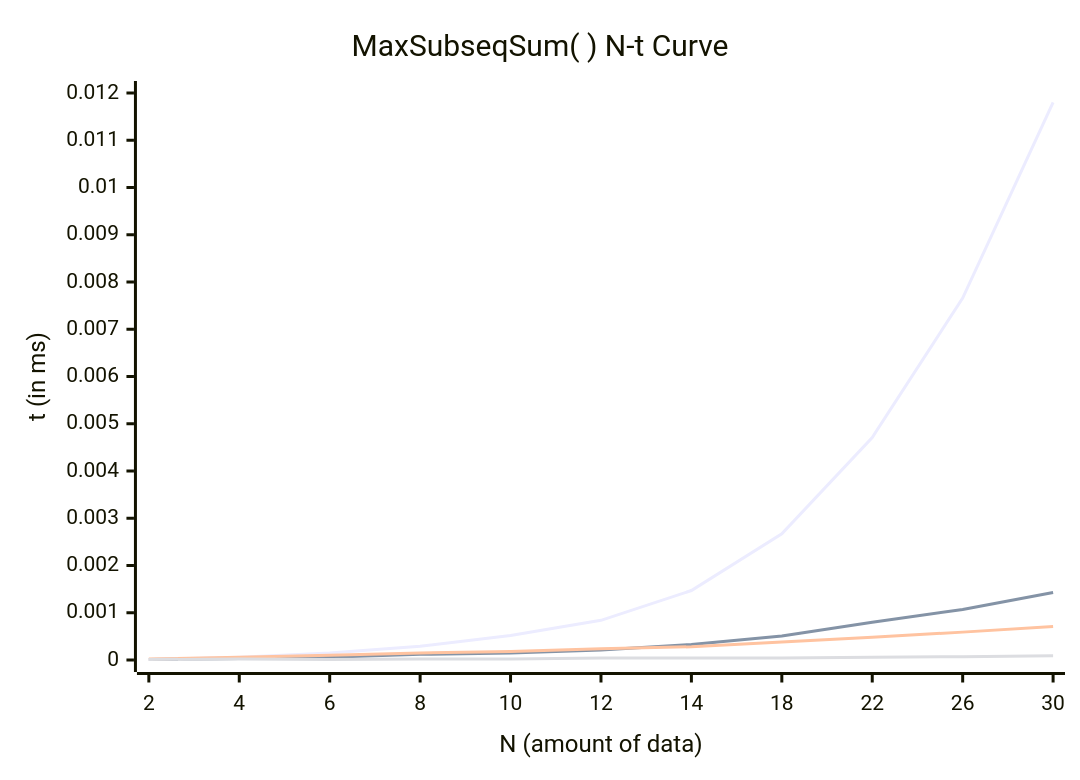
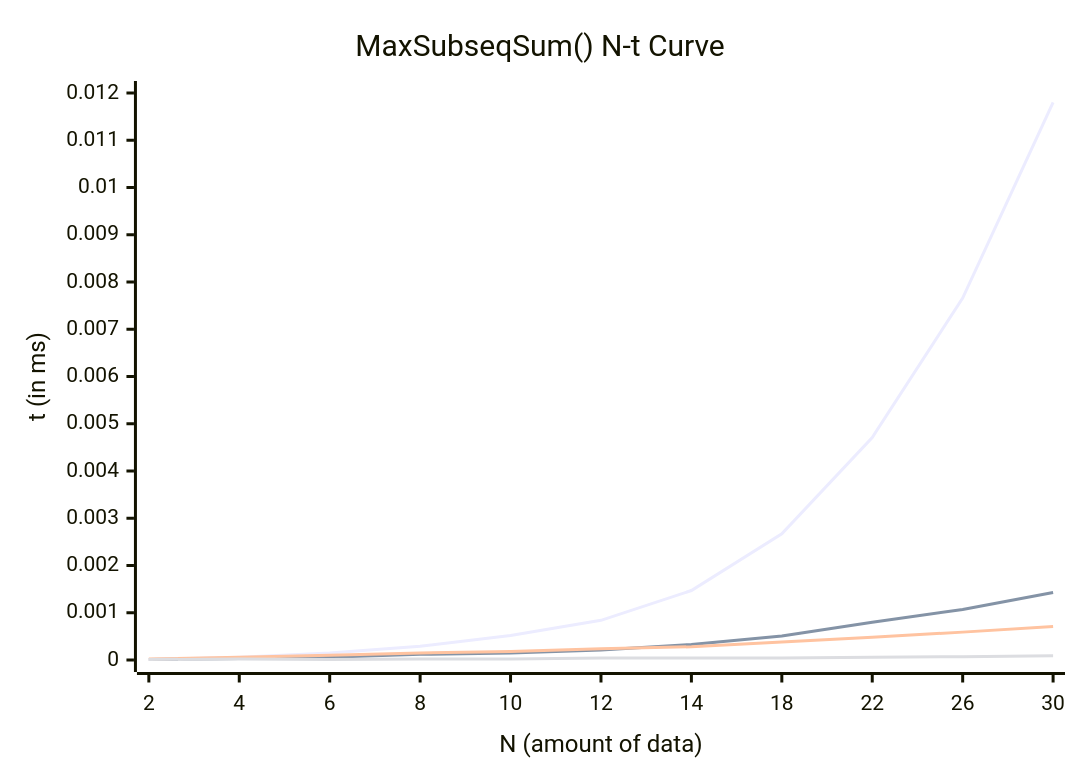
One commit to novpath/Data-Structure changed the fourth of 6 diagrams in 数据结构.md. Above: the diagram before and after it, drawn with Mermaid. The commit also changed other lines of this file, not shown here.

````diff
--- a/数据结构.md
+++ b/数据结构.md
@@ -900,10 +895,10 @@
 ```mermaid
 xychart-beta
-    title "MaxSubseqSum( ) N-t Curve"
+    title "MaxSubseqSum() N-t Curve"
     x-axis "N (amount of data)" [2, 4, 6, 8, 10, 12, 14, 18, 22, 26, 30]
     y-axis "t (in ms)" 0 --> 0.012
     line "MaxSubseqSum1" [0.00001,0.00006,0.00015,0.00029,0.00052,0.00084,0.00147,0.00267,0.00471,0.00766,0.01180]
     line "MaxSubseqSum2" [0.00001,0.00003,0.00006,0.00012,0.00015,0.00021,0.00033,0.00051,0.00080,0.00107,0.00143]
     line "MaxSubseqSum3" [0.00002,0.00006,0.00010,0.00015,0.00018,0.00024,0.00028,0.00038,0.00048,0.00059,0.00071]
     line "MaxSubseqSum4" [0.00001,0.00002,0.00001,0.00002,0.00002,0.00004,0.00004,0.00004,0.00006,0.00007,0.00009]
 ```
````
